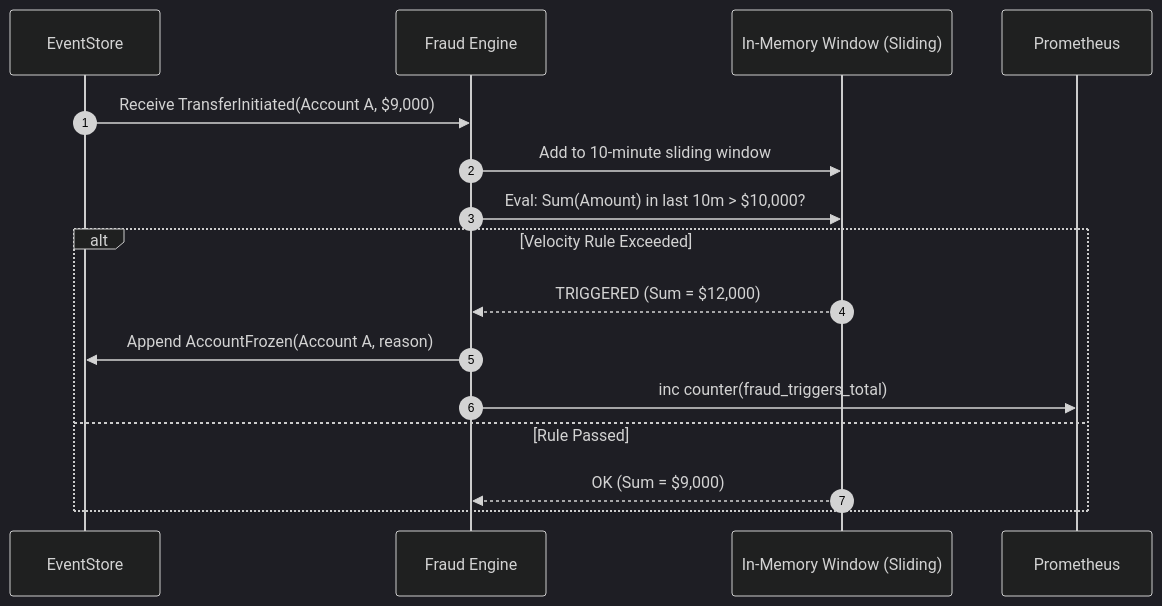
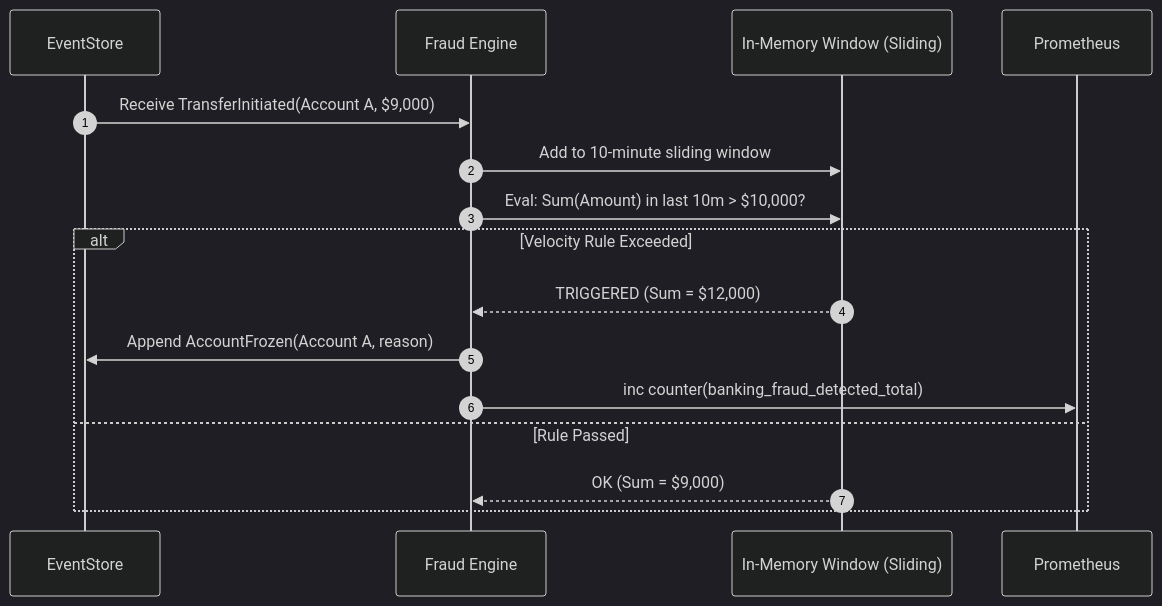
Before and after one commit to khoahotran/portfolio: the third of 3 diagrams in content/system-design/2026-06-28-designing-a-real-time-fraud-detection-engine.md, drawn with Mermaid (dark theme). The commit also changed other lines of this file and 13 other files, not shown here.

````diff
--- a/content/system-design/2026-06-28-designing-a-real-time-fraud-detection-engine.md
+++ b/content/system-design/2026-06-28-designing-a-real-time-fraud-detection-engine.md
@@ -98,21 +98,21 @@
 ```mermaid
 sequenceDiagram
     autonumber
     participant ES as EventStore
     participant FE as Fraud Engine
     participant Mem as In-Memory Window (Sliding)
     participant PROM as Prometheus
     
     ES->>FE: Receive TransferInitiated(Account A, $9,000)
     
     FE->>Mem: Add to 10-minute sliding window
     FE->>Mem: Eval: Sum(Amount) in last 10m > $10,000?
     
     alt Velocity Rule Exceeded
         Mem-->>FE: TRIGGERED (Sum = $12,000)
         FE->>ES: Append AccountFrozen(Account A, reason)
-        FE->>PROM: inc counter(fraud_triggers_total)
+        FE->>PROM: inc counter(banking_fraud_detected_total)
     else Rule Passed
         Mem-->>FE: OK (Sum = $9,000)
     end
 ```
````
